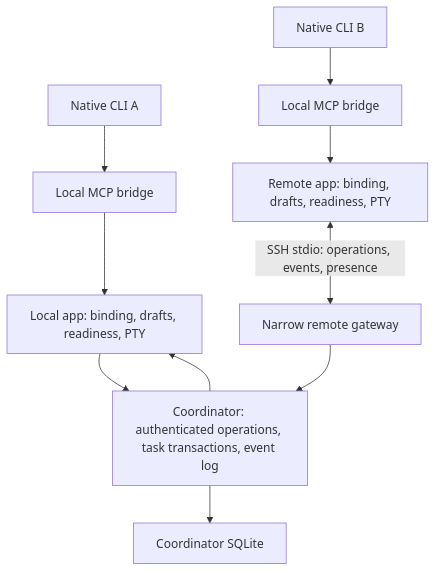
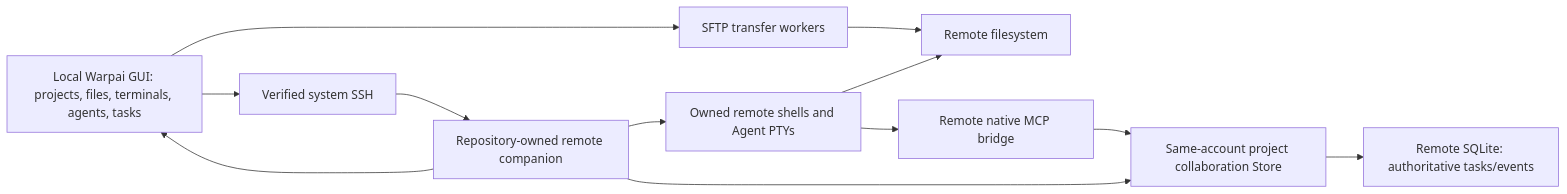
Before and after one commit to OthinusG/warp-lite: the diagram in specs/agent-communication-v2/TECH.md, drawn with Mermaid. The commit also changed other lines of this file and 40 other files, not shown here.

````diff
--- a/specs/agent-communication-v2/TECH.md
+++ b/specs/agent-communication-v2/TECH.md
@@ -39,12 +36,14 @@
 ```mermaid
-flowchart TB
-    A["Native CLI A"] --> MA["Local MCP bridge"]
-    MA --> LA["Local app: binding, drafts, readiness, PTY"]
-    B["Native CLI B"] --> MB["Local MCP bridge"]
-    MB --> LB["Remote app: binding, drafts, readiness, PTY"]
-    LA --> C["Coordinator: authenticated operations, task transactions, event log"]
-    LB <-->|"SSH stdio: operations, events, presence"| G["Narrow remote gateway"]
-    G --> C
-    C --> DB["Coordinator SQLite"]
-    C --> LA
+flowchart LR
+    G["Local Warpai GUI: projects, files, terminals, agents, tasks"] --> S["Verified system SSH"]
+    G --> F["SFTP transfer workers"]
+    S --> H["Repository-owned remote companion"]
+    F --> FS["Remote filesystem"]
+    H --> P["Owned remote shells and Agent PTYs"]
+    P --> FS
+    P --> M["Remote native MCP bridge"]
+    M --> B["Same-account project collaboration Store"]
+    H --> B
+    B --> DB["Remote SQLite: authoritative tasks/events"]
+    H --> G
 ```
````
